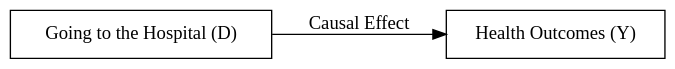
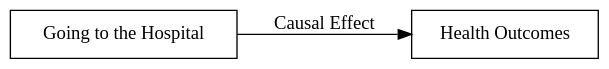
One commit to kevinli03/pspe changed the first of 2 diagrams in correlation.qmd. Above: the diagram before and after it, drawn with Graphviz. The commit also changed other lines of this file and 31 other files, not shown here.

````diff
--- a/correlation.qmd
+++ b/correlation.qmd
@@ -12,16 +12,16 @@
 ```{dot}
 //| fig-width: 4
 //| fig-height: 0.45
 digraph example1 {
   bgcolor="transparent";
   // Nodes
-  D [shape=box, label="Going to the Hospital (D)"]
-  Y [shape=box, label="Health Outcomes (Y)"]
+  D [shape=box, label="Going to the Hospital"]
+  Y [shape=box, label="Health Outcomes"]
 
   // Edges
   D -> Y [label="Causal Effect"]
 
   // Graph styling
   rankdir=LR; // Left to right layout
 }
 ```
````
